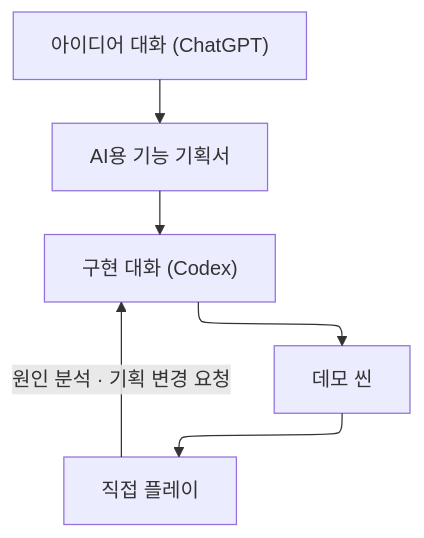
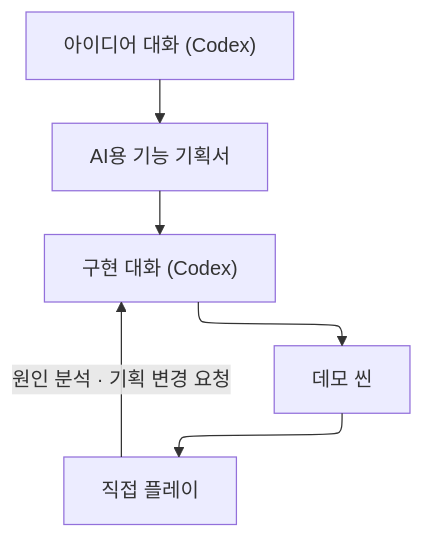
One commit to Lets-Gitit/portfolio changed the second of 3 diagrams in src/4-snowball-golf/기술문서.md. Above: the diagram before and after it, drawn with Mermaid. The commit also changed other lines of this file and 2 other files, not shown here.

````diff
--- a/src/4-snowball-golf/기술문서.md
+++ b/src/4-snowball-golf/기술문서.md
@@ -183,12 +186,12 @@
 ```mermaid
 ---
 config:
   layout: elk
 ---
 flowchart TD
-    A["아이디어 대화 (ChatGPT)"] --> B["AI용 기능 기획서"]
+    A["아이디어 대화 (Codex)"] --> B["AI용 기능 기획서"]
     B --> C["구현 대화 (Codex)"]
     C --> D["데모 씬"]
     D --> E["직접 플레이"]
     E -->|"원인 분석 · 기획 변경 요청"| C
 ```
````
